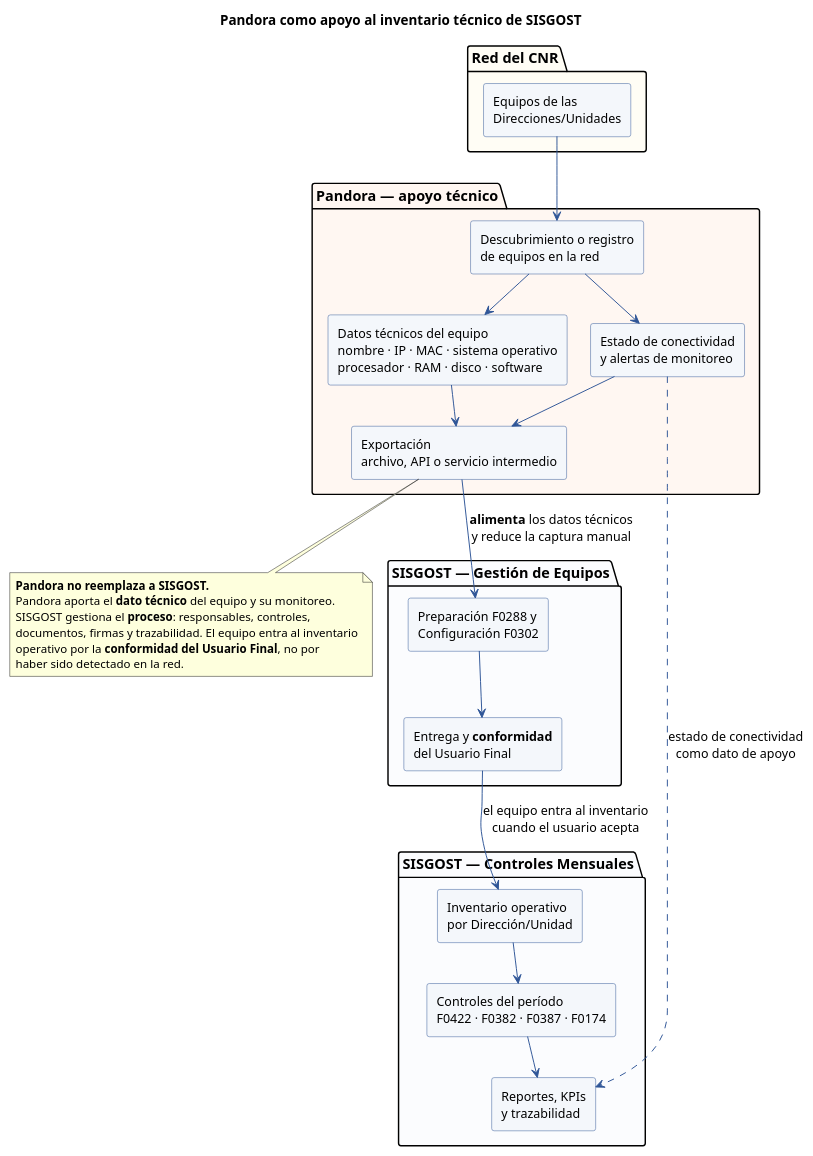
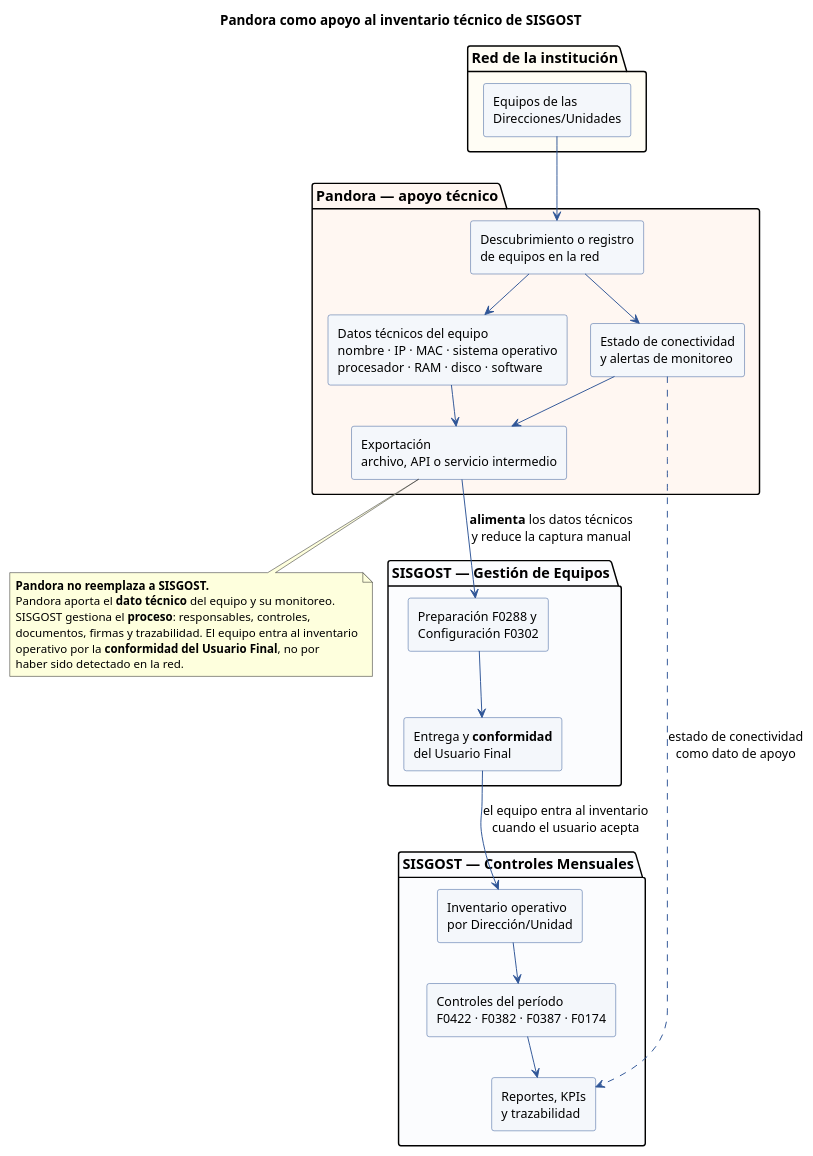
One commit to diego0399/sisgost-controles-mensuales changed the diagram in docs/plantuml/pandora.puml. Above: the diagram before and after it, drawn with PlantUML. The commit also changed 46 other files, not shown here.

```diff
--- a/docs/plantuml/pandora.puml
+++ b/docs/plantuml/pandora.puml
@@ -1,60 +1,60 @@
 @startuml pandora
 title Pandora como apoyo al inventario técnico de SISGOST
 skinparam shadowing false
 skinparam backgroundColor #FFFFFF
 skinparam componentStyle rectangle
 skinparam nodesep 24
 skinparam ranksep 42
 skinparam component {
   BackgroundColor #F4F7FB
   BorderColor #2F5597
   ArrowColor #2F5597
   FontSize 13
 }
 skinparam packageFontSize 15
 skinparam noteFontSize 12
 
-package "Red del CNR" #FFFDF5 {
+package "Red de la institución" #FFFDF5 {
   [Equipos de las\nDirecciones/Unidades] as EQ
 }
 
 package "Pandora — apoyo técnico" #FFF7F2 {
   [Descubrimiento o registro\nde equipos en la red] as DESC
   [Datos técnicos del equipo\nnombre · IP · MAC · sistema operativo\nprocesador · RAM · disco · software] as DATOS
   [Estado de conectividad\ny alertas de monitoreo] as MON
   [Exportación\narchivo, API o servicio intermedio] as EXP
 }
 
 package "SISGOST — Gestión de Equipos" #FBFCFE {
   [Preparación F0288 y\nConfiguración F0302] as CFG
   [Entrega y **conformidad**\ndel Usuario Final] as ACE
 }
 
 package "SISGOST — Controles Mensuales" #FBFCFE {
   [Inventario operativo\npor Dirección/Unidad] as INV
   [Controles del período\nF0422 · F0382 · F0387 · F0174] as CTL
   [Reportes, KPIs\ny trazabilidad] as REP
 }
 
 EQ --> DESC
 DESC --> DATOS
 DESC --> MON
 DATOS --> EXP
 MON --> EXP
 EXP --> CFG : **alimenta** los datos técnicos\ny reduce la captura manual
 CFG --> ACE
 ACE --> INV : el equipo entra al inventario\ncuando el usuario acepta
 INV --> CTL
 CTL --> REP
 MON ..> REP : estado de conectividad\ncomo dato de apoyo
 
 note bottom of EXP
   **Pandora no reemplaza a SISGOST.**
   Pandora aporta el **dato técnico** del equipo y su monitoreo.
   SISGOST gestiona el **proceso**: responsables, controles,
   documentos, firmas y trazabilidad. El equipo entra al inventario
   operativo por la **conformidad del Usuario Final**, no por
   haber sido detectado en la red.
 end note
 
 @enduml
```
